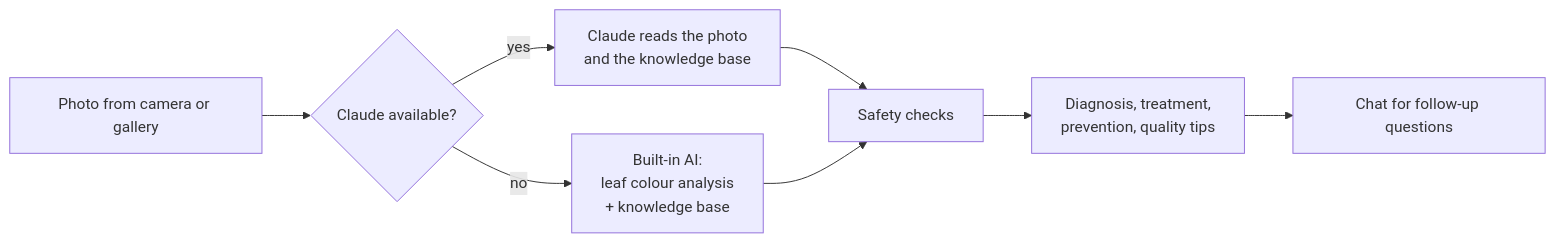
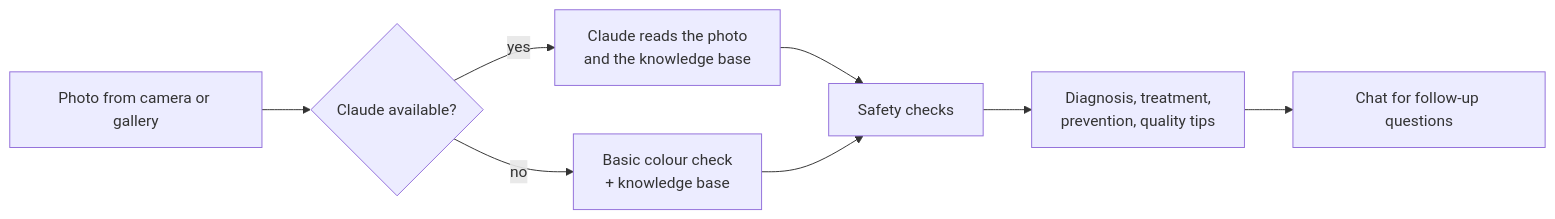
One commit to 1vansh-5/Agrivision-Ai-major-pro changed the diagram in README.md. Above: the diagram before and after it, drawn with Mermaid. The commit also changed other lines of this file, not shown here.

````diff
--- a/README.md
+++ b/README.md
@@ -40,10 +41,10 @@
 ```mermaid
 flowchart LR
     A[Photo from camera or gallery] --> B{Claude available?}
     B -- yes --> C[Claude reads the photo<br/>and the knowledge base]
-    B -- no --> D[Built-in AI:<br/>leaf colour analysis<br/>+ knowledge base]
+    B -- no --> D[Basic colour check<br/>+ knowledge base]
     C --> E[Safety checks]
     D --> E
     E --> F[Diagnosis, treatment,<br/>prevention, quality tips]
     F --> G[Chat for follow-up questions]
 ```
````
